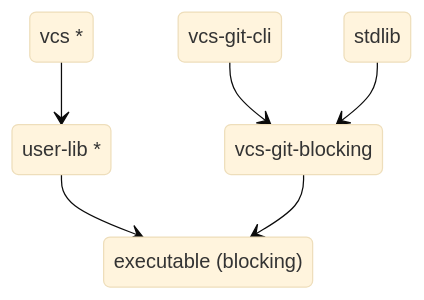
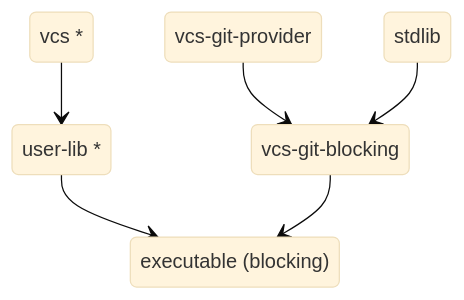
Before and after one commit to mbarbin/vcs: the second of 3 diagrams in doc/docs/design/introduction.md, drawn with Mermaid (base theme). The commit also changed other lines of this file and 63 other files, not shown here.

Commit message:
Rename vcs-git-cli => vcs-git-provider

````diff
--- a/doc/docs/design/introduction.md
+++ b/doc/docs/design/introduction.md
@@ -40,14 +40,14 @@
 ```mermaid
 stateDiagram-v2
   vcs : vcs *
   user : user-lib *
-  vcs_git_cli : vcs-git-cli
+  vcs_git_provider : vcs-git-provider
   executable : executable (blocking)
   provider : vcs-git-blocking
   runtime : stdlib
   vcs --> user
   user --> executable
-  vcs_git_cli --> provider
+  vcs_git_provider --> provider
   runtime --> provider
   provider --> executable
 ```
````
